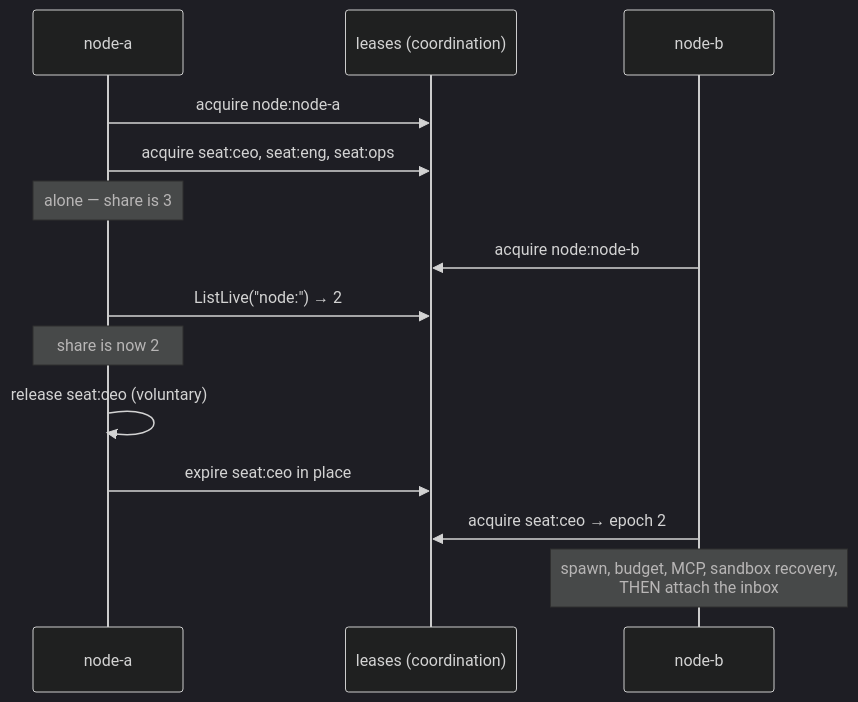
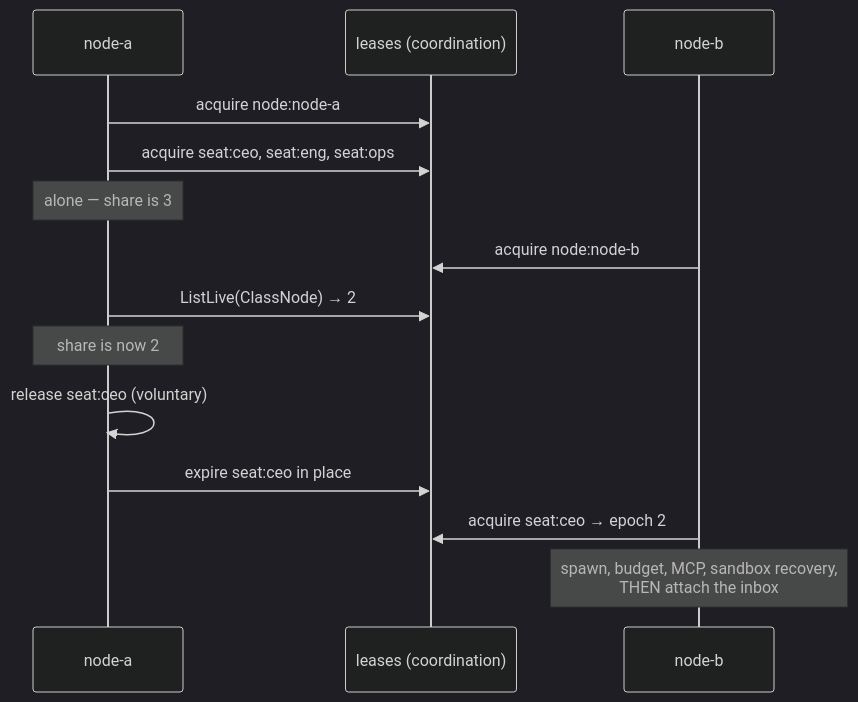
Before and after one commit to crewlet/crewlet: the diagram in docs/concepts/seat-ownership.md, drawn with Mermaid (dark theme).

Commit message:
docs(docs): show the placement roster read as ListLive(ClassNode)
The placement sequence diagram drew the fleet-size read as
ListLive("node:"), a prefix string. coord's listings take a Class
(ListLive(ctx, class Class)) precisely so that no listing can be asked
for a prefix: a trailing-separator form writes a key nothing decodes.
The diagram now names the call the code makes.

````diff
--- a/docs/concepts/seat-ownership.md
+++ b/docs/concepts/seat-ownership.md
@@ -51,16 +51,16 @@
 ```mermaid
 sequenceDiagram
     participant A as node-a
     participant L as leases (coordination)
     participant B as node-b
     A->>L: acquire node:node-a
     A->>L: acquire seat:ceo, seat:eng, seat:ops
     Note over A: alone — share is 3
     B->>L: acquire node:node-b
-    A->>L: ListLive("node:") → 2
+    A->>L: ListLive(ClassNode) → 2
     Note over A: share is now 2
     A->>A: release seat:ceo (voluntary)
     A->>L: expire seat:ceo in place
     B->>L: acquire seat:ceo → epoch 2
     Note over B: spawn, budget, MCP, sandbox recovery,<br/>THEN attach the inbox
 ```
````
